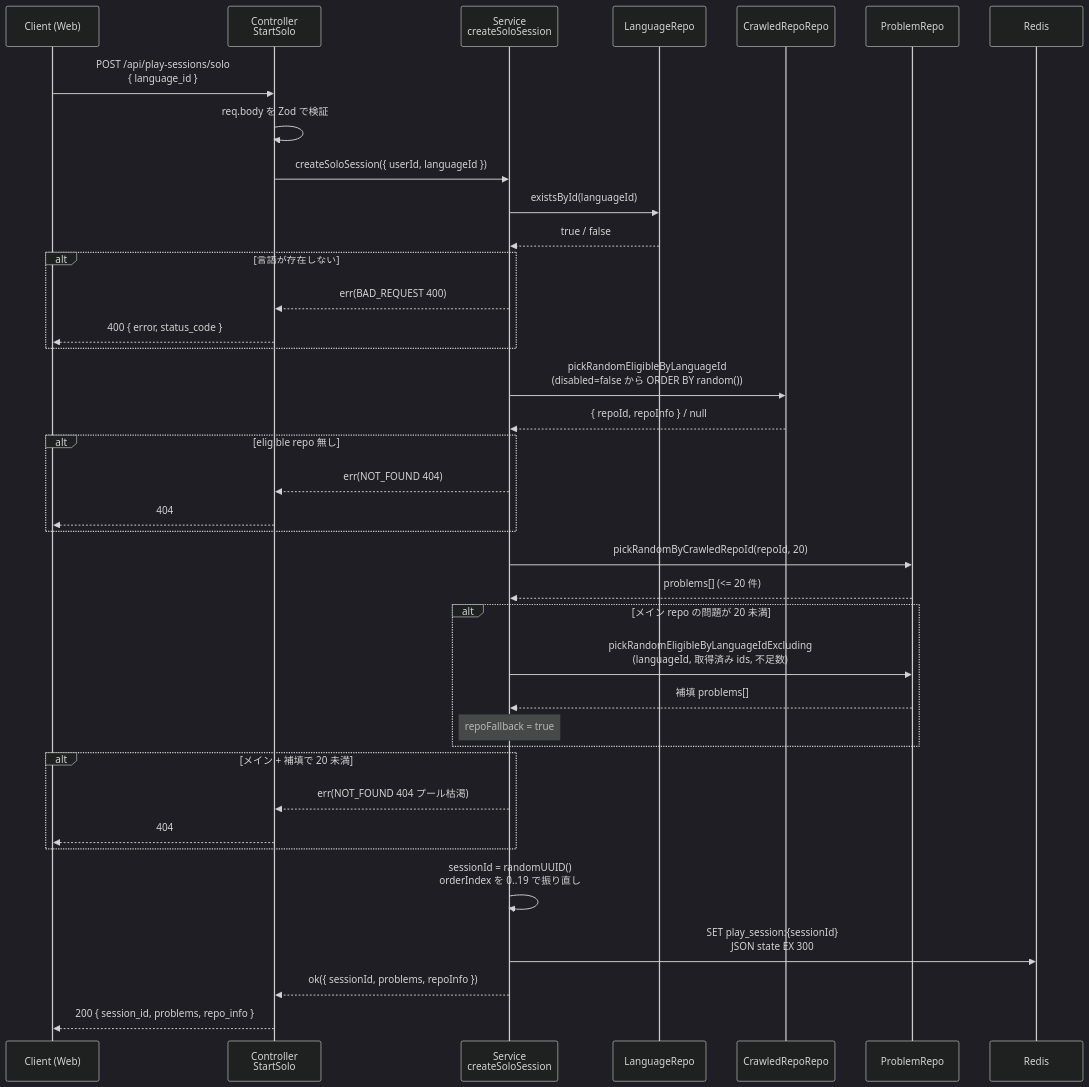
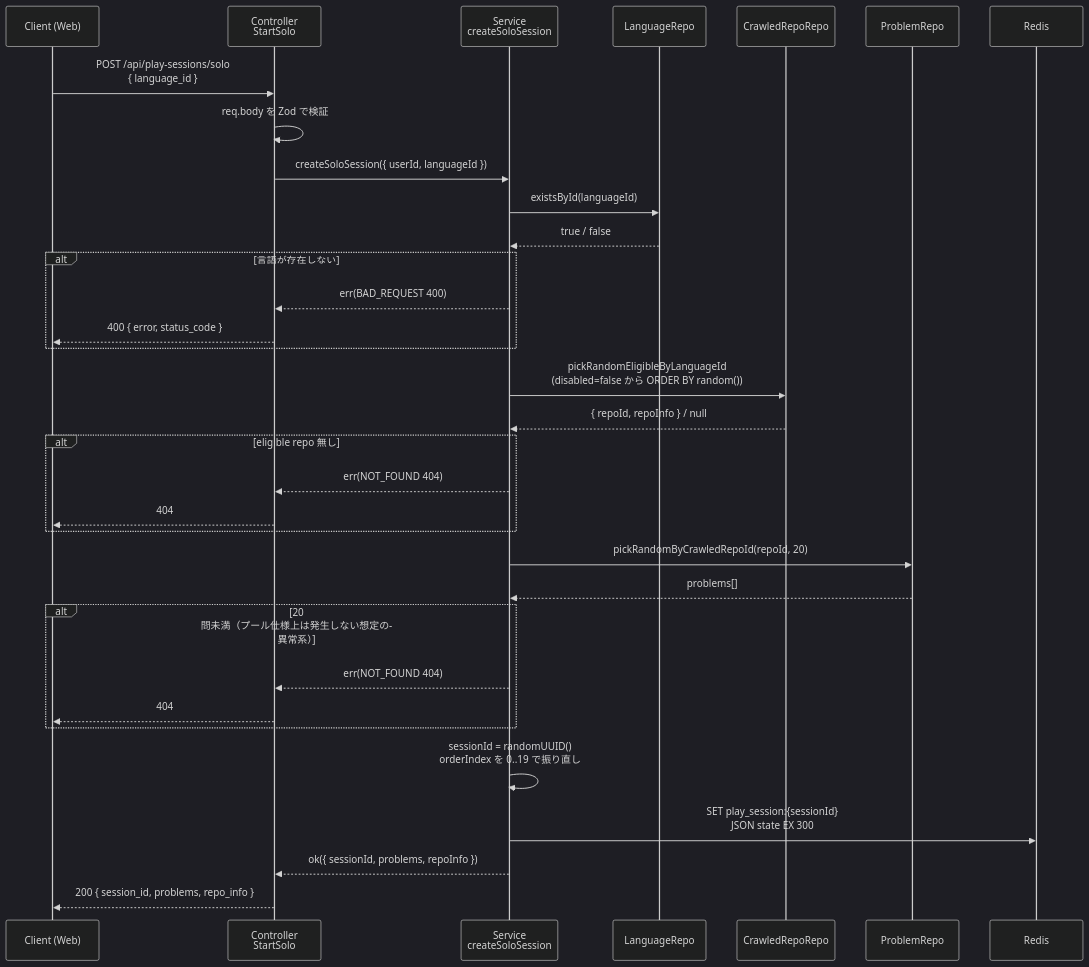
One commit to kentakki416/typing-royale changed the diagram in docs/spec/typing-engine/step2-api-solo-session.md. Above: the diagram before and after it, drawn with Mermaid (dark theme). The commit also changed other lines of this file and 11 other files, not shown here.

First line of the commit message:
refactor(typing-engine): repoFallback / 補填ロジックを削除（シンプルさ優先）

````diff
--- a/docs/spec/typing-engine/step2-api-solo-session.md
+++ b/docs/spec/typing-engine/step2-api-solo-session.md
@@ -93,47 +92,40 @@
 ```mermaid
 sequenceDiagram
     participant C as Client (Web)
     participant Ctrl as Controller<br/>StartSolo
     participant Svc as Service<br/>createSoloSession
     participant Lang as LanguageRepo
     participant Repo as CrawledRepoRepo
     participant Prob as ProblemRepo
     participant Redis as Redis
 
     C->>Ctrl: POST /api/play-sessions/solo<br/>{ language_id }
     Ctrl->>Ctrl: req.body を Zod で検証
     Ctrl->>Svc: createSoloSession({ userId, languageId })
 
     Svc->>Lang: existsById(languageId)
     Lang-->>Svc: true / false
     alt 言語が存在しない
         Svc-->>Ctrl: err(BAD_REQUEST 400)
         Ctrl-->>C: 400 { error, status_code }
     end
 
     Svc->>Repo: pickRandomEligibleByLanguageId<br/>(disabled=false から ORDER BY random())
     Repo-->>Svc: { repoId, repoInfo } / null
     alt eligible repo 無し
         Svc-->>Ctrl: err(NOT_FOUND 404)
         Ctrl-->>C: 404
     end
 
     Svc->>Prob: pickRandomByCrawledRepoId(repoId, 20)
-    Prob-->>Svc: problems[] (<= 20 件)
-
-    alt メイン repo の問題が 20 未満
-        Svc->>Prob: pickRandomEligibleByLanguageIdExcluding<br/>(languageId, 取得済み ids, 不足数)
-        Prob-->>Svc: 補填 problems[]
-        Note over Svc: repoFallback = true
-    end
-
-    alt メイン + 補填で 20 未満
-        Svc-->>Ctrl: err(NOT_FOUND 404 プール枯渇)
+    Prob-->>Svc: problems[]
+    alt 20 問未満（プール仕様上は発生しない想定の異常系）
+        Svc-->>Ctrl: err(NOT_FOUND 404)
         Ctrl-->>C: 404
     end
 
     Svc->>Svc: sessionId = randomUUID()<br/>orderIndex を 0..19 で振り直し
     Svc->>Redis: SET play_session:{sessionId}<br/>JSON state EX 300
     Svc-->>Ctrl: ok({ sessionId, problems, repoInfo })
     Ctrl-->>C: 200 { session_id, problems, repo_info }
 ```
````
